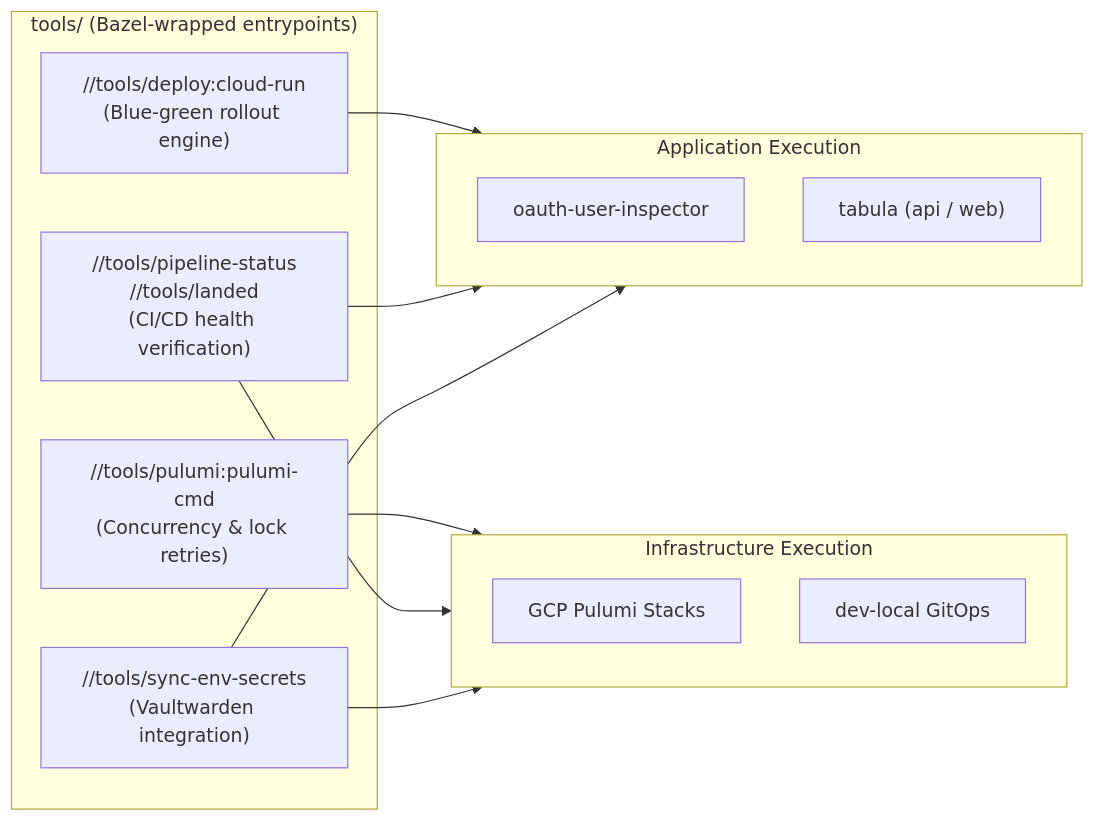
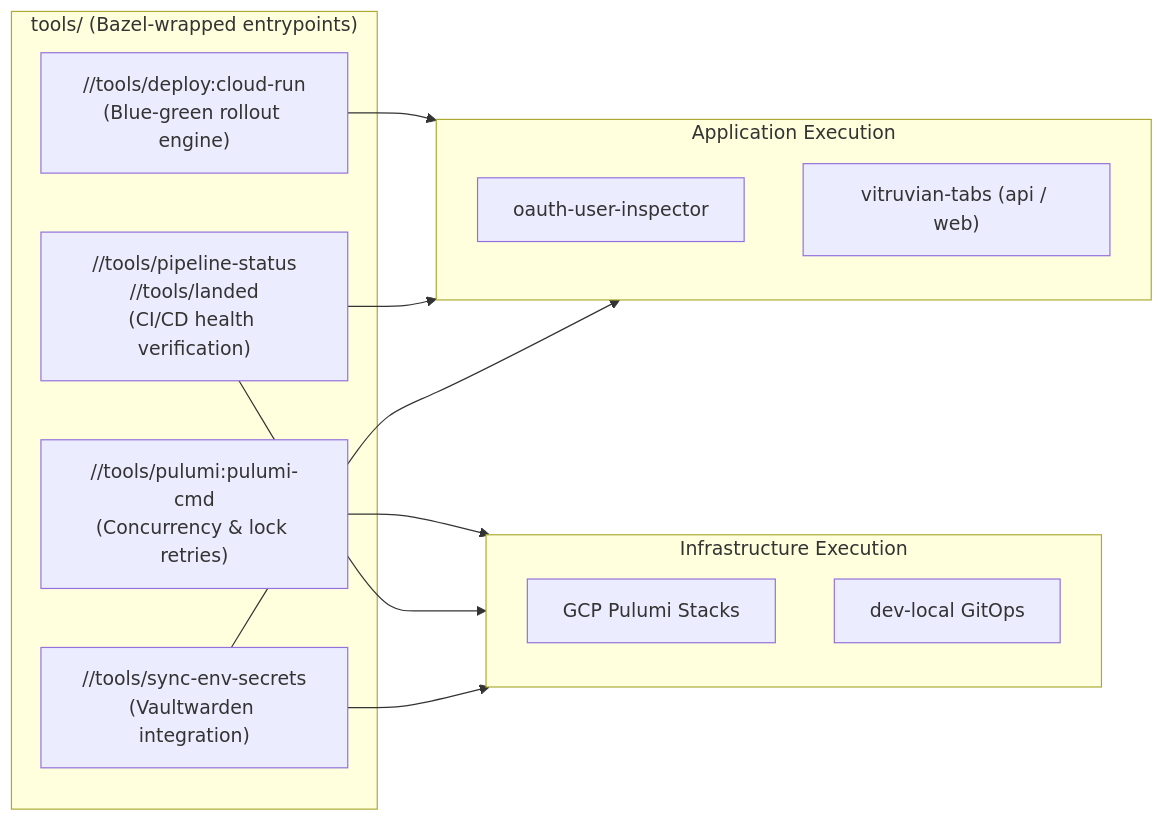
One commit to VitruvianSoftware/vitruvian-core changed the third of 3 diagrams in docs/concepts/monorepo-architecture.md. Above: the diagram before and after it, drawn with Mermaid. The commit also changed other lines of this file and 1127 other files, not shown here.

````diff
--- a/docs/concepts/monorepo-architecture.md
+++ b/docs/concepts/monorepo-architecture.md
@@ -98,24 +98,24 @@
 ```mermaid
 flowchart LR
     subgraph Tooling["tools/ (Bazel-wrapped entrypoints)"]
         DEPLOY["//tools/deploy:cloud-run<br/>(Blue-green rollout engine)"]
         PULUMI["//tools/pulumi:pulumi-cmd<br/>(Concurrency & lock retries)"]
         STATUS["//tools/pipeline-status<br/>//tools/landed<br/>(CI/CD health verification)"]
         SECRETS["//tools/sync-env-secrets<br/>(Vaultwarden integration)"]
     end
 
     subgraph Apps["Application Execution"]
         OAUTH["oauth-user-inspector"]
-        TABULA["tabula (api / web)"]
+        TABULA["vitruvian-tabs (api / web)"]
     end
 
     subgraph Infra["Infrastructure Execution"]
         GCP_PULUMI["GCP Pulumi Stacks"]
         GITOPS_K3S["dev-local GitOps"]
     end
 
     DEPLOY --> Apps
     PULUMI --> Infra
     STATUS --> Apps & Infra
     SECRETS --> Apps & Infra
 ```
````
